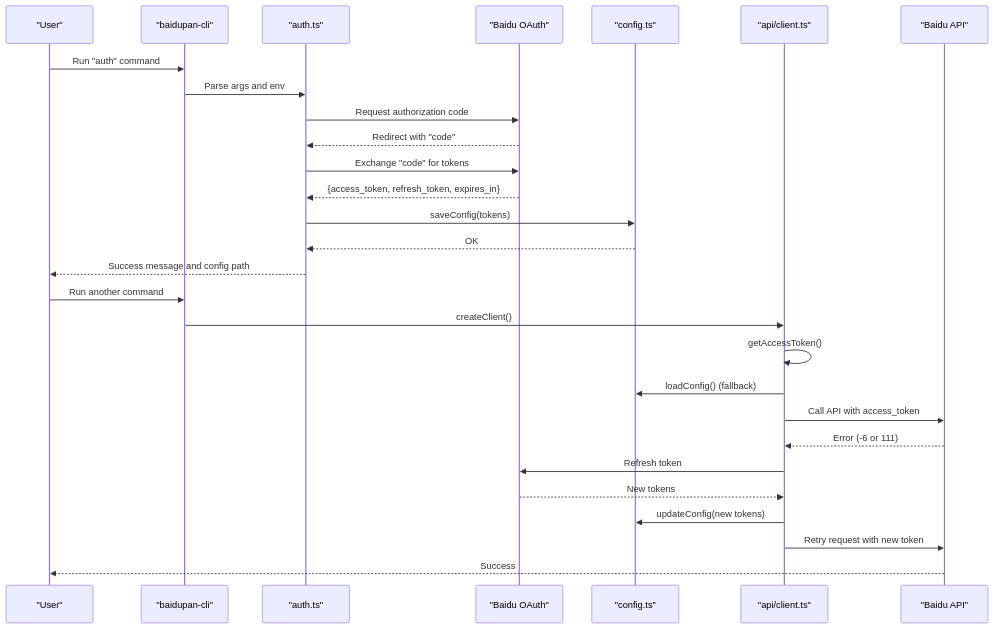
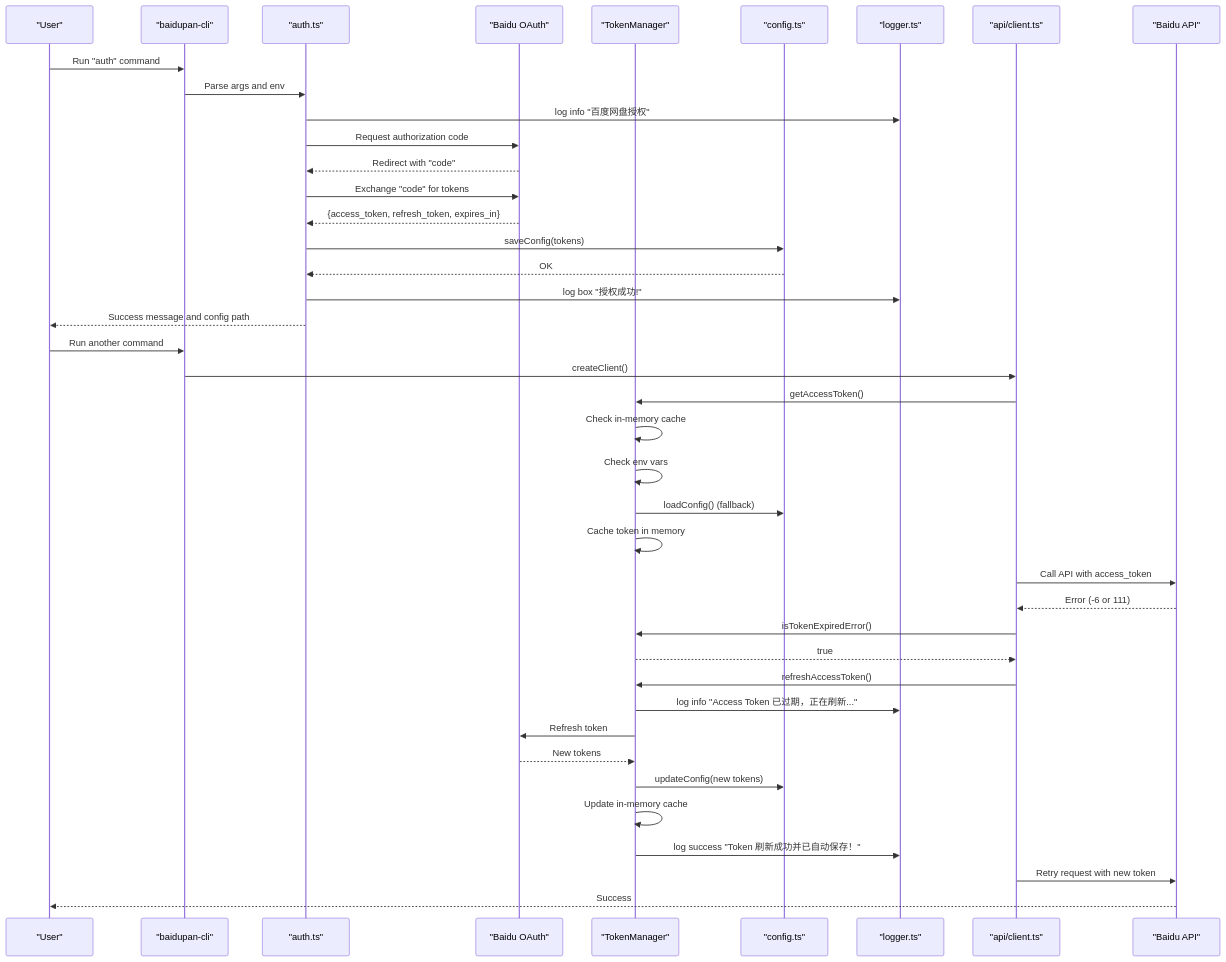
One commit to yuexiaoliang/baiduwangpan-manager changed the second of 7 diagrams in .qoder/repowiki/en/content/Authentication System/Token Management and Persistence.md. Above: the diagram before and after it, drawn with Mermaid. The commit also changed other lines of this file and 30 other files, not shown here.

````diff
--- a/.qoder/repowiki/en/content/Authentication System/Token Management and Persistence.md
+++ b/.qoder/repowiki/en/content/Authentication System/Token Management and Persistence.md
@@ -115,30 +140,43 @@
 ```mermaid
 sequenceDiagram
 participant User as "User"
 participant CLI as "baidupan-cli"
 participant AuthCmd as "auth.ts"
 participant OAuth as "Baidu OAuth"
+participant TokenMgr as "TokenManager"
 participant Cfg as "config.ts"
+participant Logger as "logger.ts"
 participant APIClient as "api/client.ts"
 participant Baidu as "Baidu API"
 User->>CLI : Run "auth" command
 CLI->>AuthCmd : Parse args and env
+AuthCmd->>Logger : log info "百度网盘授权"
 AuthCmd->>OAuth : Request authorization code
 OAuth-->>AuthCmd : Redirect with "code"
 AuthCmd->>OAuth : Exchange "code" for tokens
 OAuth-->>AuthCmd : {access_token, refresh_token, expires_in}
 AuthCmd->>Cfg : saveConfig(tokens)
 Cfg-->>AuthCmd : OK
+AuthCmd->>Logger : log box "授权成功!"
 AuthCmd-->>User : Success message and config path
 User->>CLI : Run another command
 CLI->>APIClient : createClient()
-APIClient->>APIClient : getAccessToken()
-APIClient->>Cfg : loadConfig() (fallback)
+APIClient->>TokenMgr : getAccessToken()
+TokenMgr->>TokenMgr : Check in-memory cache
+TokenMgr->>TokenMgr : Check env vars
+TokenMgr->>Cfg : loadConfig() (fallback)
+TokenMgr->>TokenMgr : Cache token in memory
 APIClient->>Baidu : Call API with access_token
 Baidu-->>APIClient : Error (-6 or 111)
-APIClient->>OAuth : Refresh token
-OAuth-->>APIClient : New tokens
-APIClient->>Cfg : updateConfig(new tokens)
+APIClient->>TokenMgr : isTokenExpiredError()
+TokenMgr-->>APIClient : true
+APIClient->>TokenMgr : refreshAccessToken()
+TokenMgr->>Logger : log info "Access Token 已过期，正在刷新..."
+TokenMgr->>OAuth : Refresh token
+OAuth-->>TokenMgr : New tokens
+TokenMgr->>Cfg : updateConfig(new tokens)
+TokenMgr->>TokenMgr : Update in-memory cache
+TokenMgr->>Logger : log success "Token 刷新成功并已自动保存！"
 APIClient->>Baidu : Retry request with new token
 Baidu-->>User : Success
 ```
````
